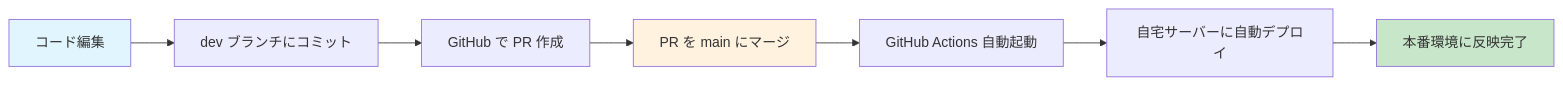
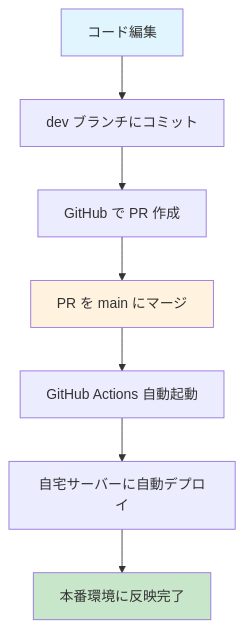
The first of 7 diagrams in src/posts/blogs/2025/1117_cd-pipeline-for-ubuntu-desktop.md (mamezou-tech/mamezou-tech-site), drawn with Mermaid before and after one commit. The commit also changed other lines of this file, not shown here.

Commit message:
improve: フロー図の体裁変更。LR→TD

````diff
--- a/src/posts/blogs/2025/1117_cd-pipeline-for-ubuntu-desktop.md
+++ b/src/posts/blogs/2025/1117_cd-pipeline-for-ubuntu-desktop.md
@@ -34,13 +34,13 @@
 ```mermaid
-graph LR
+graph TD
     A[コード編集] --> B[dev ブランチにコミット]
     B --> C[GitHub で PR 作成]
     C --> D[PR を main にマージ]
     D --> E[GitHub Actions 自動起動]
     E --> F[自宅サーバーに自動デプロイ]
     F --> G[本番環境に反映完了]
 
     style A fill:#e1f5fe
     style D fill:#fff3e0
     style G fill:#c8e6c9
 ```
````
